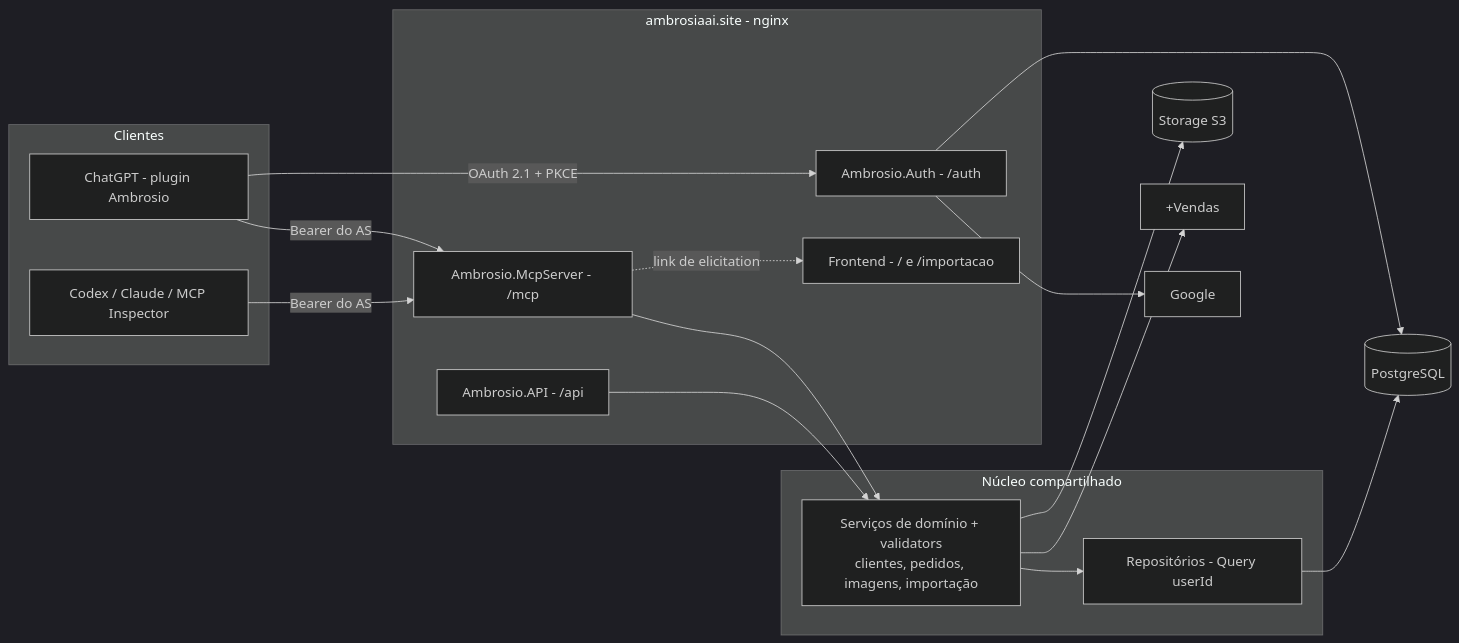
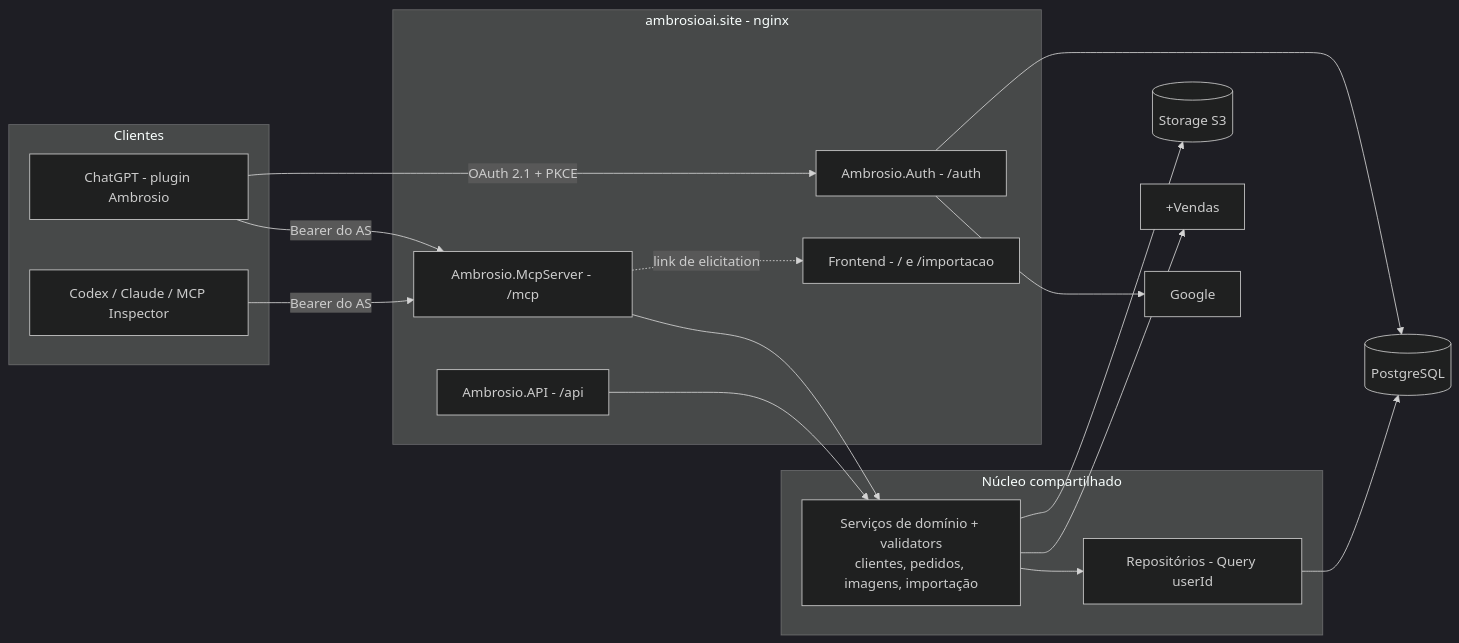
Before and after one commit to landim32/ambrosia: the second of 3 diagrams in docs/historias/005-plugin-chatgpt-mcp.md, drawn with Mermaid (dark theme). The commit also changed other lines of this file and 42 other files, not shown here.

First line of the commit message:
fix: corrige domínio de produção para ambrosioai.site

````diff
--- a/docs/historias/005-plugin-chatgpt-mcp.md
+++ b/docs/historias/005-plugin-chatgpt-mcp.md
@@ -378,32 +378,32 @@
 ```mermaid
 flowchart LR
     subgraph Clientes
         CG[ChatGPT - plugin Ambrosio]
         OUT[Codex / Claude / MCP Inspector]
     end
-    subgraph Dominio[ambrosiaai.site - nginx]
+    subgraph Dominio[ambrosioai.site - nginx]
         MS[Ambrosio.McpServer - /mcp]
         AS[Ambrosio.Auth - /auth]
         API[Ambrosio.API - /api]
         FE[Frontend - / e /importacao]
     end
     subgraph Nucleo[Núcleo compartilhado]
         SV[Serviços de domínio + validators<br/>clientes, pedidos, imagens, importação]
         RP[Repositórios - Query userId]
     end
     DB[(PostgreSQL)]
     S3[(Storage S3)]
     MV[+Vendas]
     G[Google]
 
     CG & OUT -->|Bearer do AS| MS
     CG -->|OAuth 2.1 + PKCE| AS
     AS --> G
     AS --> DB
     MS --> SV
     API --> SV
     SV --> RP --> DB
     SV --> S3
     SV --> MV
     MS -.->|link de elicitation| FE
 ```
````
